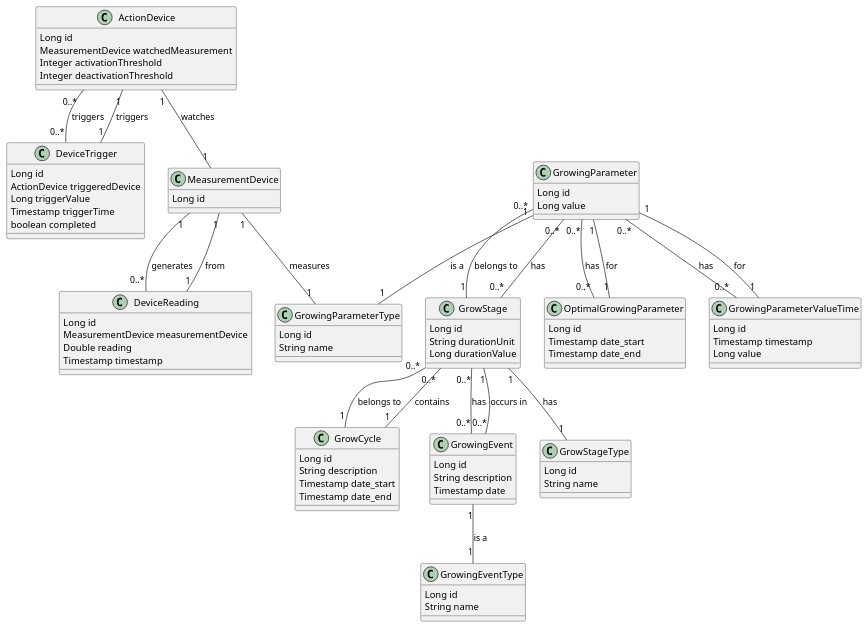
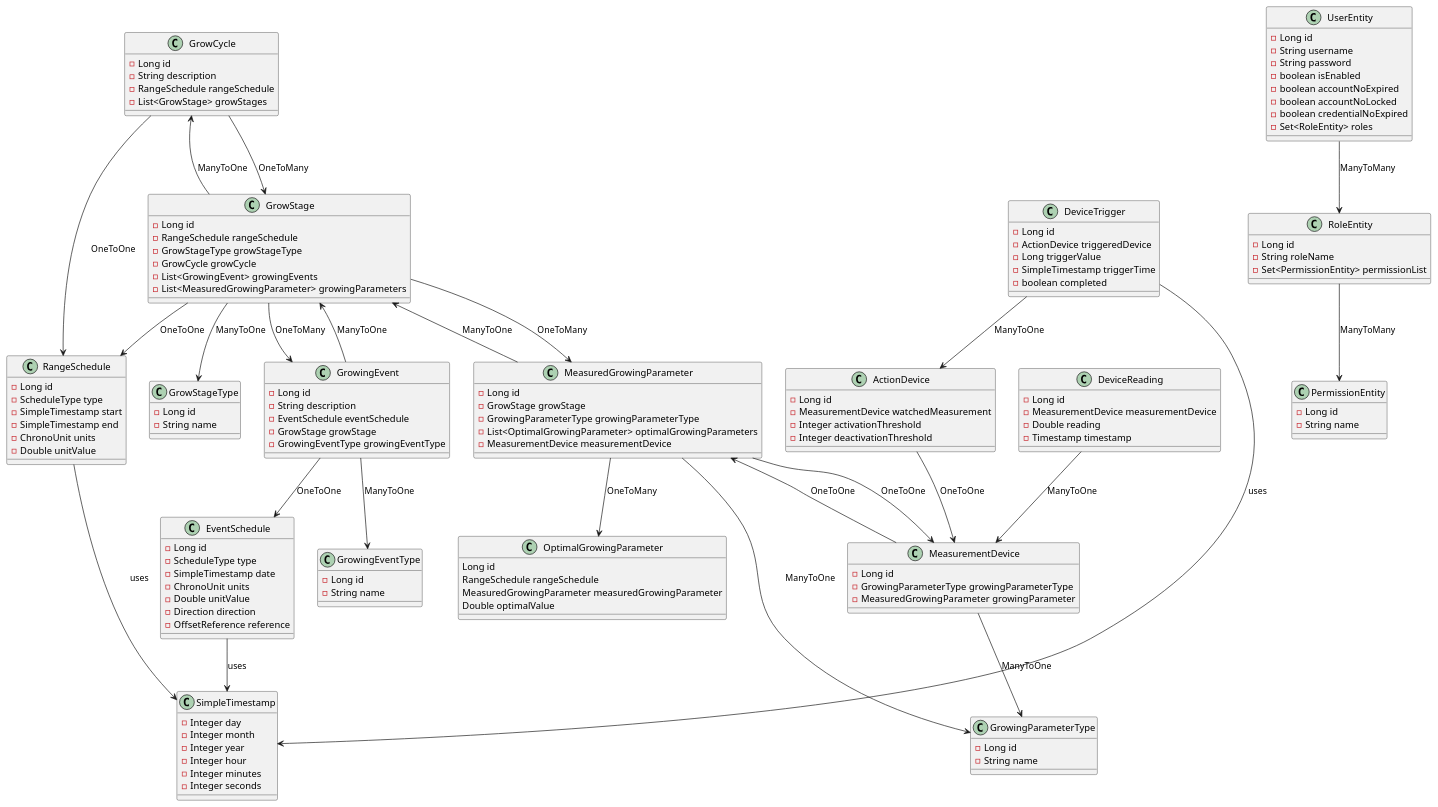
One commit to feddericovonwernich/grow-control changed the diagram in diagrams/plantUML.puml. Above: the diagram before and after it, drawn with PlantUML. The commit also changed 29 other files, not shown here.

```diff
--- a/diagrams/plantUML.puml
+++ b/diagrams/plantUML.puml
@@ -1,99 +1,166 @@
 @startuml
+
+'1-The following classes are in order.'
+
+class EventSchedule {
+    - Long id
+    - ScheduleType type
+    - SimpleTimestamp date
+    - ChronoUnit units
+    - Double unitValue
+    - Direction direction
+    - OffsetReference reference
+}
+
+class RangeSchedule {
+    - Long id
+    - ScheduleType type
+    - SimpleTimestamp start
+    - SimpleTimestamp end
+    - ChronoUnit units
+    - Double unitValue
+}
+
 class ActionDevice {
-    Long id
-    MeasurementDevice watchedMeasurement
-    Integer activationThreshold
-    Integer deactivationThreshold
+    - Long id
+    - MeasurementDevice watchedMeasurement
+    - Integer activationThreshold
+    - Integer deactivationThreshold
 }
 
 class DeviceReading {
-    Long id
-    MeasurementDevice measurementDevice
-    Double reading
-    Timestamp timestamp
+    - Long id
+    - MeasurementDevice measurementDevice
+    - Double reading
+    - Timestamp timestamp
 }
 
 class DeviceTrigger {
-    Long id
-    ActionDevice triggeredDevice
-    Long triggerValue
-    Timestamp triggerTime
-    boolean completed
+    - Long id
+    - ActionDevice triggeredDevice
+    - Long triggerValue
+    - SimpleTimestamp triggerTime
+    - boolean completed
 }
 
 class GrowCycle {
-    Long id
-    String description
-    Timestamp date_start
-    Timestamp date_end
+    - Long id
+    - String description
+    - RangeSchedule rangeSchedule
+    - List<GrowStage> growStages
 }
 
 class GrowingEvent {
-    Long id
-    String description
-    Timestamp date
+    - Long id
+    - String description
+    - EventSchedule eventSchedule
+    - GrowStage growStage
+    - GrowingEventType growingEventType
 }
 
 class GrowingEventType {
-    Long id
-    String name
-}
-
-class GrowingParameter {
-    Long id
-    Long value
+    - Long id
+    - String name
 }
 
 class GrowingParameterType {
-    Long id
-    String name
+    - Long id
+    - String name
 }
 
 class GrowStage {
-    Long id
-    String durationUnit
-    Long durationValue
+    - Long id
+    - RangeSchedule rangeSchedule
+    - GrowStageType growStageType
+    - GrowCycle growCycle
+    - List<GrowingEvent> growingEvents
+    - List<MeasuredGrowingParameter> growingParameters
 }
 
 class GrowStageType {
-    Long id
-    String name
+    - Long id
+    - String name
+}
+
+class MeasuredGrowingParameter {
+    - Long id
+    - GrowStage growStage
+    - GrowingParameterType growingParameterType
+    - List<OptimalGrowingParameter> optimalGrowingParameters
+    - MeasurementDevice measurementDevice
 }
 
 class MeasurementDevice {
-    Long id
+    - Long id
+    - GrowingParameterType growingParameterType
+    - MeasuredGrowingParameter growingParameter
 }
 
 class OptimalGrowingParameter {
     Long id
-    Timestamp date_start
-    Timestamp date_end
+    RangeSchedule rangeSchedule
+    MeasuredGrowingParameter measuredGrowingParameter
+    Double optimalValue
 }
 
-class GrowingParameterValueTime {
-    Long id
-    Timestamp timestamp
-    Long value
+class PermissionEntity {
+    - Long id
+    - String name
 }
 
-GrowCycle "1" -- "0..*" GrowStage : contains
-GrowStage "1" -- "1" GrowStageType : has
-GrowStage "0..*" -- "1" GrowCycle : belongs to
-GrowStage "0..*" -- "0..*" GrowingEvent : has
-GrowStage "0..*" -- "0..*" GrowingParameter : has
-GrowingEvent "1" -- "1" GrowingEventType : is a
-GrowingEvent "0..*" -- "1" GrowStage : occurs in
-GrowingParameter "1" -- "1" GrowingParameterType : is a
-GrowingParameter "0..*" -- "0..*" GrowingParameterValueTime : has
-GrowingParameter "0..*" -- "0..*" OptimalGrowingParameter : has
-GrowingParameter "0..*" -- "1" GrowStage : belongs to
-MeasurementDevice "1" -- "1" GrowingParameterType : measures
-ActionDevice "1" -- "1" MeasurementDevice : watches
-DeviceReading "1" -- "1" MeasurementDevice : from
-DeviceTrigger "1" -- "1" ActionDevice : triggers
-OptimalGrowingParameter "1" -- "1" GrowingParameter : for
-GrowingParameterValueTime "1" -- "1" GrowingParameter : for
+class RoleEntity {
+    - Long id
+    - String roleName
+    - Set<PermissionEntity> permissionList
+}
 
-MeasurementDevice "1" -- "0..*" DeviceReading : generates
-ActionDevice "0..*" -- "0..*" DeviceTrigger : triggers
+class SimpleTimestamp {
+    - Integer day
+    - Integer month
+    - Integer year
+    - Integer hour
+    - Integer minutes
+    - Integer seconds
+}
+
+class UserEntity {
+    - Long id
+    - String username
+    - String password
+    - boolean isEnabled
+    - boolean accountNoExpired
+    - boolean accountNoLocked
+    - boolean credentialNoExpired
+    - Set<RoleEntity> roles
+}
+
+
+
+'The following relationships are in order.'
+
+EventSchedule --> SimpleTimestamp : «uses»
+RangeSchedule --> SimpleTimestamp : «uses»
+ActionDevice --> MeasurementDevice : «OneToOne»
+DeviceReading --> MeasurementDevice : «ManyToOne»
+DeviceTrigger --> ActionDevice : «ManyToOne»
+DeviceTrigger --> SimpleTimestamp : «uses»
+GrowCycle --> RangeSchedule : «OneToOne»
+GrowCycle --> GrowStage : «OneToMany»
+GrowingEvent --> EventSchedule : «OneToOne»
+GrowingEvent --> GrowStage : «ManyToOne»
+GrowingEvent --> GrowingEventType : «ManyToOne»
+GrowStage --> RangeSchedule : «OneToOne»
+GrowStage --> GrowStageType : «ManyToOne»
+GrowStage --> GrowCycle : «ManyToOne»
+GrowStage --> GrowingEvent : «OneToMany»
+GrowStage --> MeasuredGrowingParameter : «OneToMany»
+MeasuredGrowingParameter --> GrowStage : «ManyToOne»
+MeasuredGrowingParameter --> GrowingParameterType : «ManyToOne»
+MeasuredGrowingParameter --> OptimalGrowingParameter : «OneToMany»
+MeasuredGrowingParameter --> MeasurementDevice : «OneToOne»
+MeasurementDevice --> GrowingParameterType : «ManyToOne»
+MeasurementDevice --> MeasuredGrowingParameter : «OneToOne»
+RoleEntity --> PermissionEntity : «ManyToMany»
+UserEntity --> RoleEntity : «ManyToMany»
+
 @enduml
```
